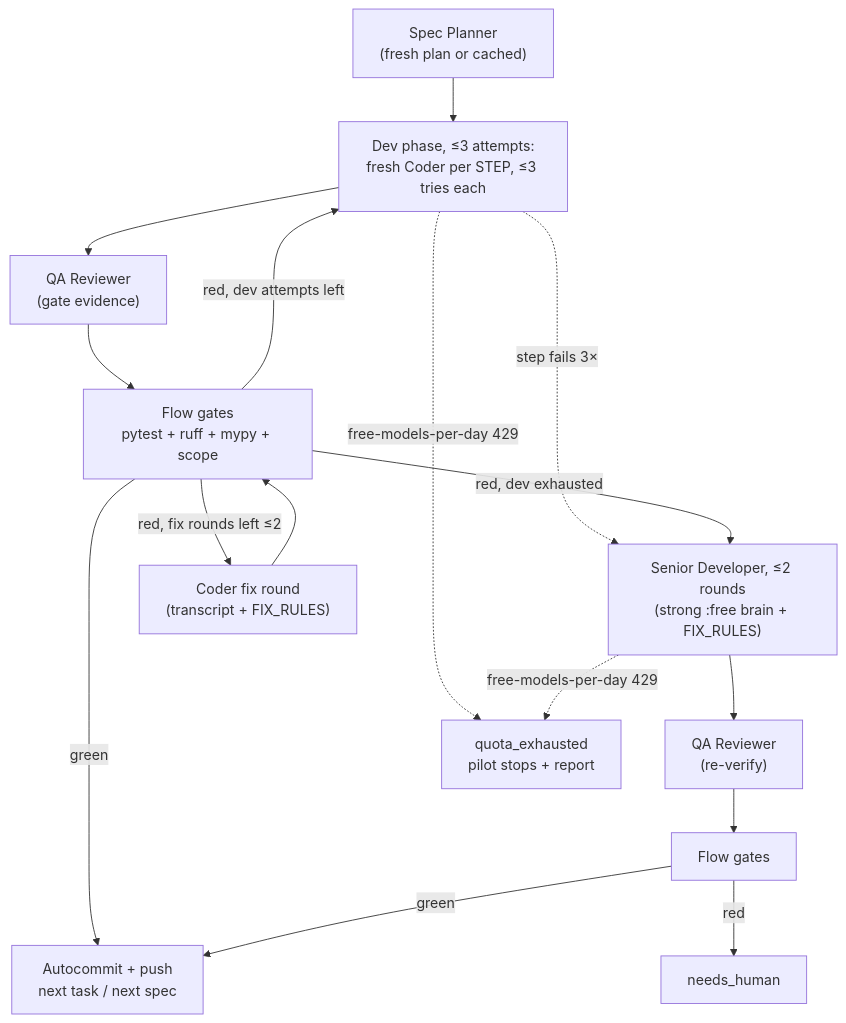
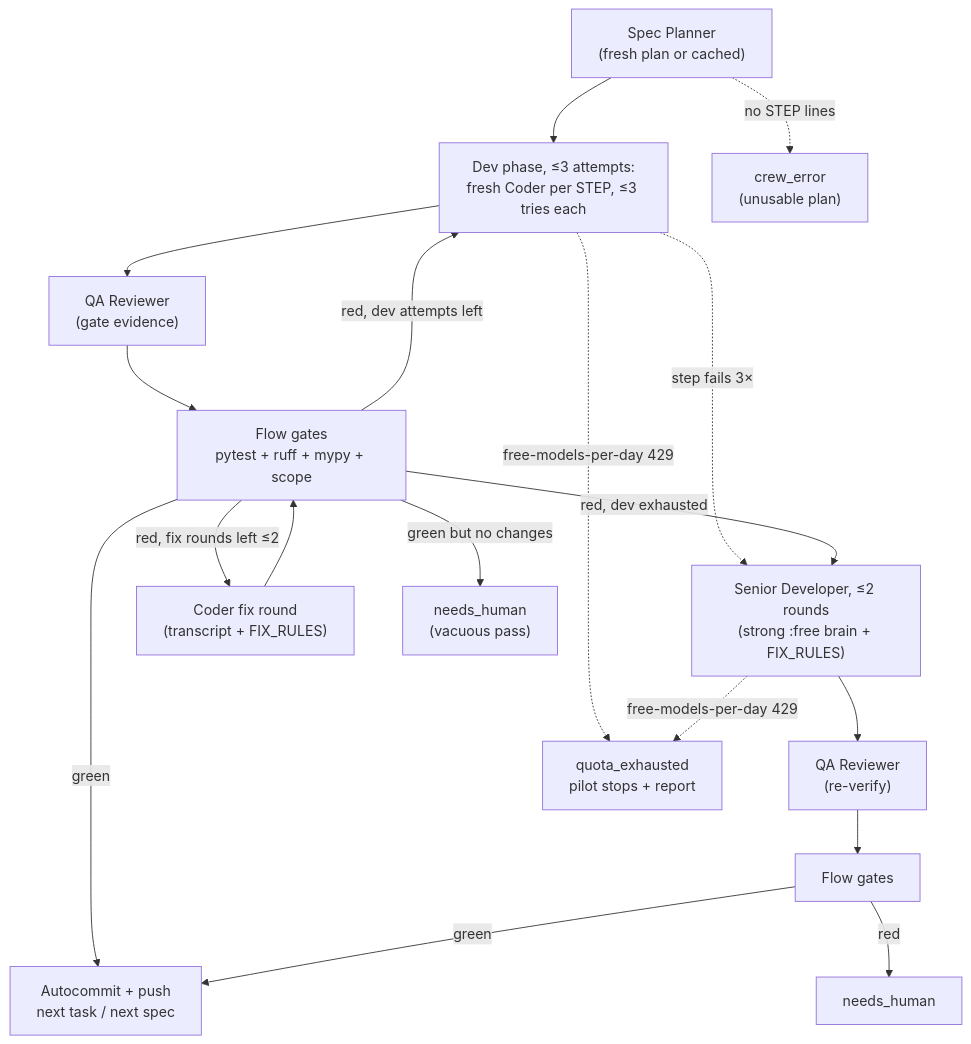
Before and after one commit to handleman/comfort-walking-router: the diagram in swarm/README.md, drawn with Mermaid. The commit also changed other lines of this file and 4 other files, not shown here.

````diff
--- a/swarm/README.md
+++ b/swarm/README.md
@@ -106,18 +110,20 @@
 ```mermaid
 flowchart TB
     P["Spec Planner<br/>(fresh plan or cached)"] --> STEPS["Dev phase, ≤3 attempts:<br/>fresh Coder per STEP, ≤3 tries each"]
     STEPS -.->|step fails 3×| SENIOR
     STEPS --> REV["QA Reviewer<br/>(gate evidence)"]
     REV --> GATES["Flow gates<br/>pytest + ruff + mypy + scope"]
     GATES -->|green| COMMIT["Autocommit + push<br/>next task / next spec"]
     GATES -->|red, fix rounds left ≤2| FIX["Coder fix round<br/>(transcript + FIX_RULES)"]
     FIX --> GATES
     GATES -->|red, dev attempts left| STEPS
     GATES -->|red, dev exhausted| SENIOR["Senior Developer, ≤2 rounds<br/>(strong :free brain + FIX_RULES)"]
     SENIOR --> REV2["QA Reviewer<br/>(re-verify)"]
     REV2 --> GATES2["Flow gates"]
     GATES2 -->|green| COMMIT
     GATES2 -->|red| HUMAN["needs_human"]
+    GATES -->|green but no changes| VACANT["needs_human<br/>(vacuous pass)"]
+    P -.->|no STEP lines| PLANFAIL["crew_error<br/>(unusable plan)"]
     STEPS -.->|free-models-per-day 429| Q["quota_exhausted<br/>pilot stops + report"]
     SENIOR -.->|free-models-per-day 429| Q
 ```
````
